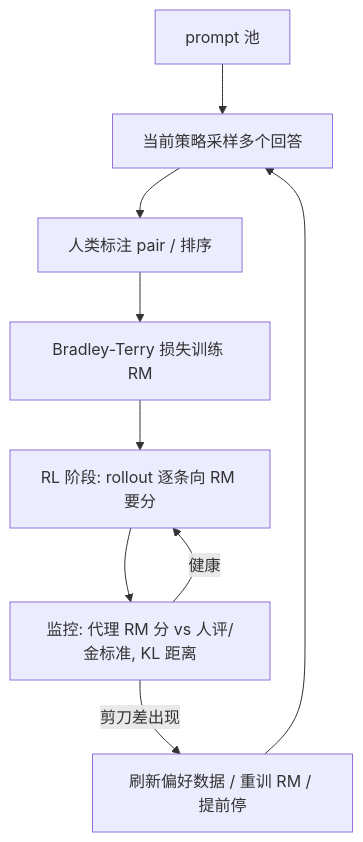
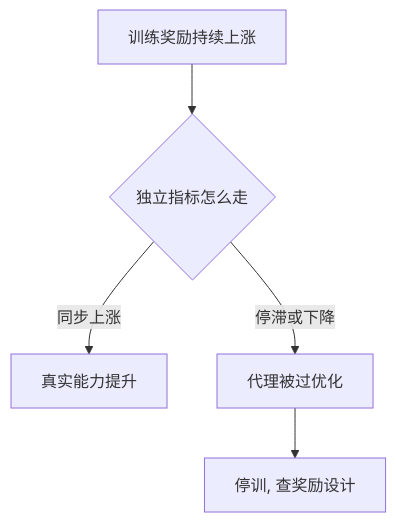
Before and after one commit to ChaoyuWang04/MockInterview: the diagram in knowledge/03-强化学习/RLHF与RM.md, drawn with Mermaid. The commit also changed other lines of this file and 11 other files, not shown here.

````diff
--- a/knowledge/03-强化学习/RLHF与RM.md
+++ b/knowledge/03-强化学习/RLHF与RM.md
@@ -176,11 +131,7 @@
 ```mermaid
 flowchart TD
-    A[prompt 池] --> B[当前策略采样多个回答]
-    B --> C[人类标注 pair / 排序]
-    C --> D[Bradley-Terry 损失训练 RM]
-    D --> E[RL 阶段: rollout 逐条向 RM 要分]
-    E --> F[监控: 代理 RM 分 vs 人评/金标准, KL 距离]
-    F -->|健康| E
-    F -->|剪刀差出现| G[刷新偏好数据 / 重训 RM / 提前停]
-    G --> B
+    A[训练奖励持续上涨] --> B{独立指标怎么走}
+    B -->|同步上涨| C[真实能力提升]
+    B -->|停滞或下降| D[代理被过优化]
+    D --> E[停训, 查奖励设计]
 ```
````
